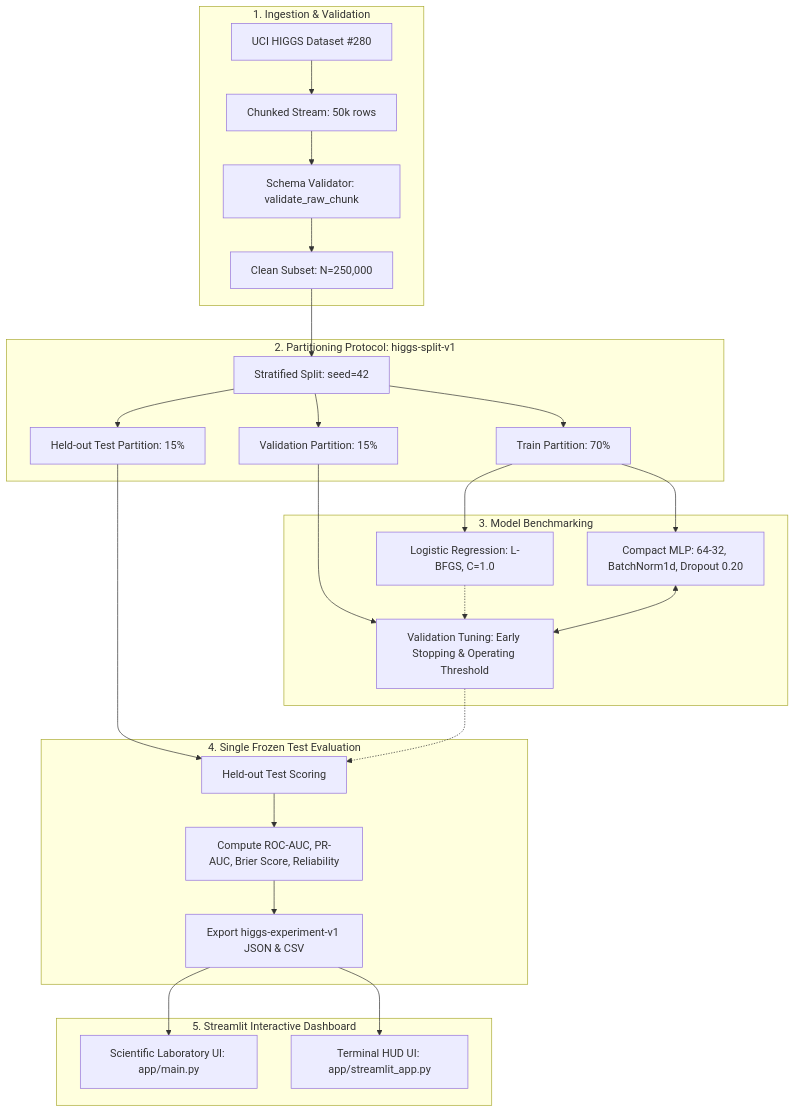
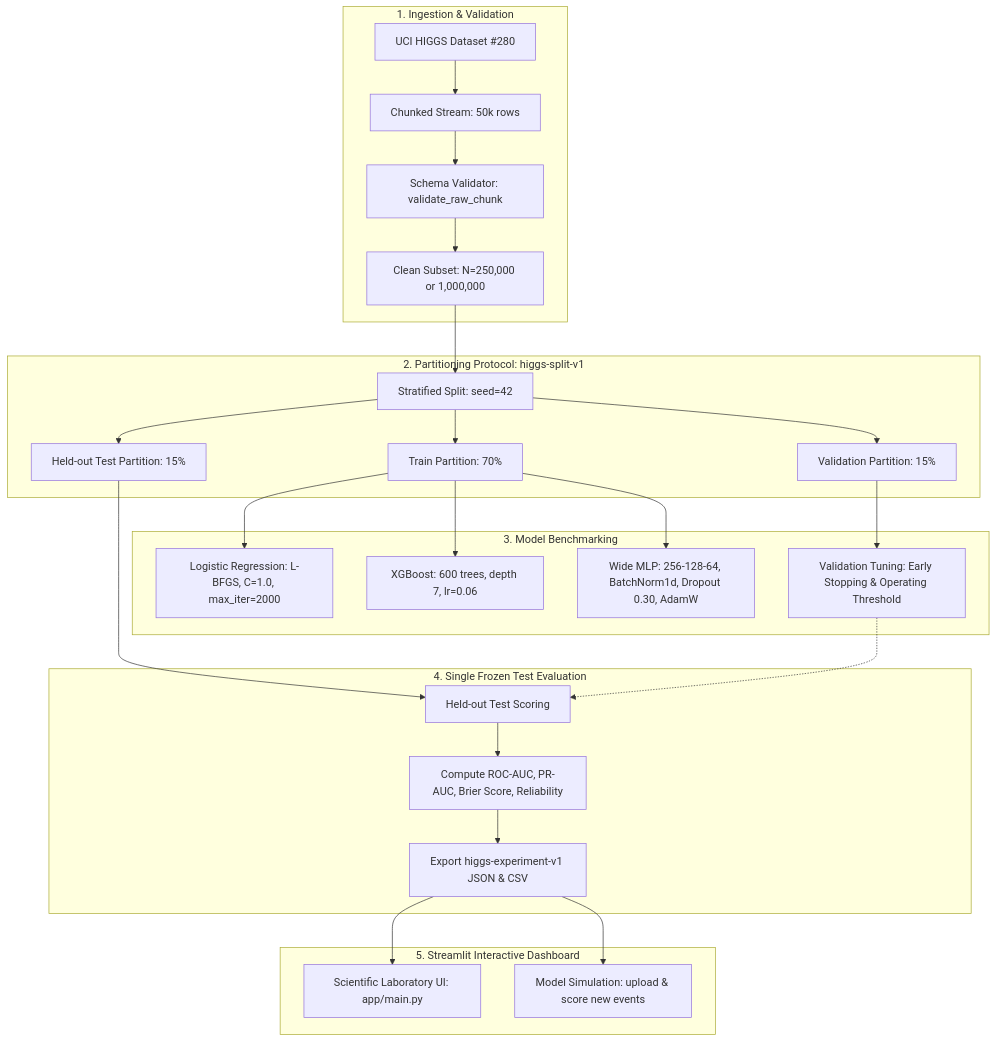
Before and after one commit to A1B2C3D4E5F6G7H8I9J0164-hack/higgs-event-lab: the diagram in README.md, drawn with Mermaid. The commit also changed other lines of this file and 16 other files, not shown here.

Commit message:
Rewrite all READMEs: detailed, structured, with results and model simulation docs

````diff
--- a/README.md
+++ b/README.md
@@ -23,35 +23,34 @@
 ```mermaid
 flowchart TD
     subgraph DataPipeline [1. Ingestion & Validation]
         UCI[UCI HIGGS Dataset #280] --> STREAM[Chunked Stream: 50k rows]
         STREAM --> VAL[Schema Validator: validate_raw_chunk]
-        VAL --> EXTRACT[Clean Subset: N=250,000]
+        VAL --> EXTRACT[Clean Subset: N=250,000 or 1,000,000]
     end
 
     subgraph SplitProtocol [2. Partitioning Protocol: higgs-split-v1]
         EXTRACT --> SPLIT[Stratified Split: seed=42]
         SPLIT --> TRAIN[Train Partition: 70%]
         SPLIT --> VALID[Validation Partition: 15%]
         SPLIT --> TEST[Held-out Test Partition: 15%]
     end
 
     subgraph Models [3. Model Benchmarking]
-        TRAIN --> LOGREG[Logistic Regression: L-BFGS, C=1.0]
-        TRAIN --> MLP[Compact MLP: 64-32, BatchNorm1d, Dropout 0.20]
+        TRAIN --> LOGREG[Logistic Regression: L-BFGS, C=1.0, max_iter=2000]
+        TRAIN --> XGB[XGBoost: 600 trees, depth 7, lr=0.06]
+        TRAIN --> MLP[Wide MLP: 256-128-64, BatchNorm1d, Dropout 0.30, AdamW]
         VALID --> TUNE[Validation Tuning: Early Stopping & Operating Threshold]
-        LOGREG -.-> TUNE
-        MLP <--> TUNE
     end
 
     subgraph Evaluation [4. Single Frozen Test Evaluation]
         TEST --> INFER[Held-out Test Scoring]
         TUNE -.-> INFER
         INFER --> METRICS[Compute ROC-AUC, PR-AUC, Brier Score, Reliability]
         METRICS --> ARTIFACTS[Export higgs-experiment-v1 JSON & CSV]
     end
 
     subgraph Presentation [5. Streamlit Interactive Dashboard]
         ARTIFACTS --> SCI_APP[Scientific Laboratory UI: app/main.py]
-        ARTIFACTS --> TERM_APP[Terminal HUD UI: app/streamlit_app.py]
+        ARTIFACTS --> SIM_APP[Model Simulation: upload & score new events]
     end
 ```
````
